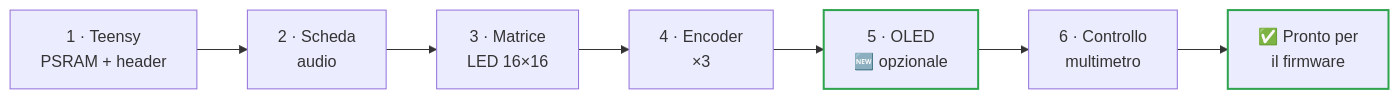
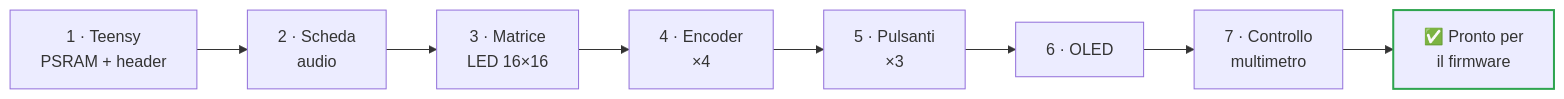
The first of 2 diagrams in MANUALE_COSTRUZIONE.md (luigismith/ichosynth), drawn with Mermaid before and after one commit. The commit also changed other lines of this file and 17 other files, not shown here.

````diff
--- a/MANUALE_COSTRUZIONE.md
+++ b/MANUALE_COSTRUZIONE.md
@@ -199,11 +202,11 @@
 ```mermaid
 flowchart LR
     F1["1 · Teensy<br/>PSRAM + header"] --> F2["2 · Scheda<br/>audio"]
     F2 --> F3["3 · Matrice<br/>LED 16×16"]
-    F3 --> F4["4 · Encoder<br/>×3"]
-    F4 --> F5["5 · OLED<br/>🆕 opzionale"]
-    F5 --> F6["6 · Controllo<br/>multimetro"]
-    F6 --> OK["✅ Pronto per<br/>il firmware"]
-    style F5 stroke:#2ea44f,stroke-width:2px
+    F3 --> F4["4 · Encoder<br/>×4"]
+    F4 --> F5["5 · Pulsanti<br/>×3"]
+    F5 --> F6["6 · OLED"]
+    F6 --> F7["7 · Controllo<br/>multimetro"]
+    F7 --> OK["✅ Pronto per<br/>il firmware"]
     style OK stroke:#2ea44f,stroke-width:2px
 ```
````
